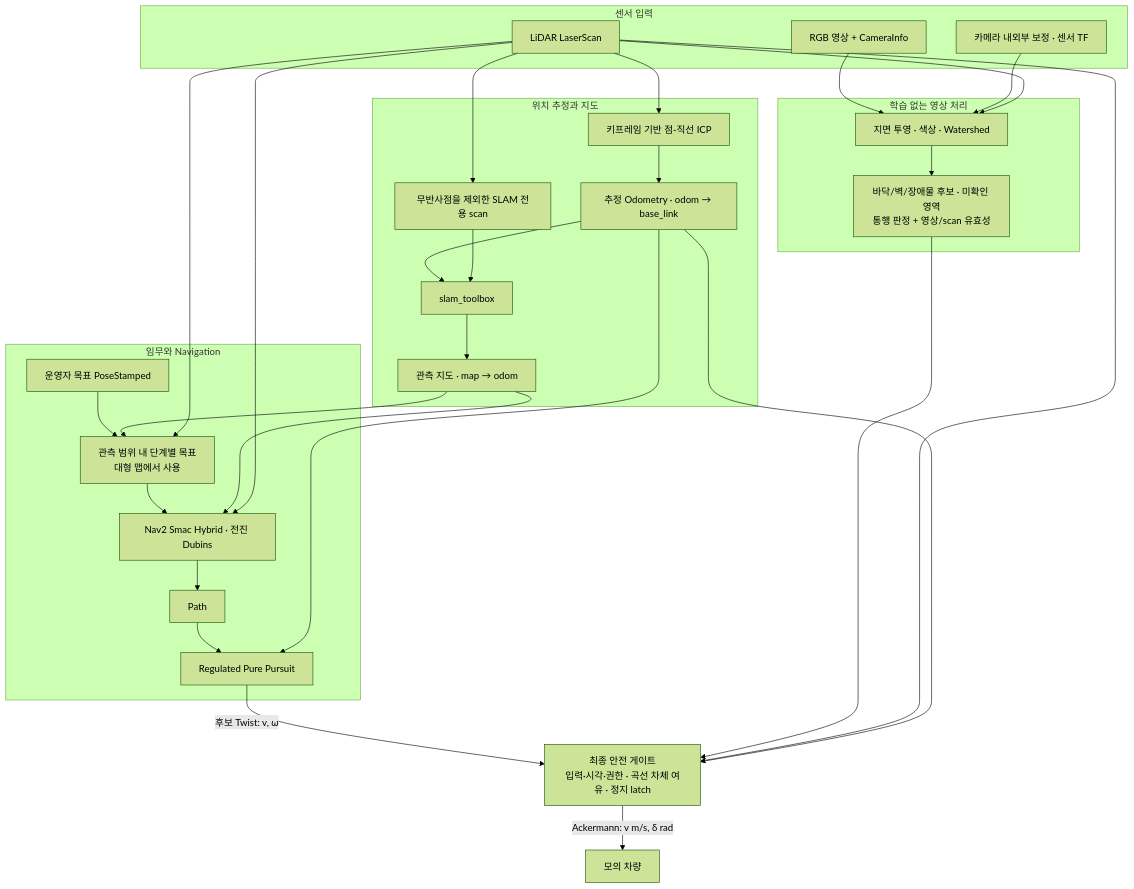
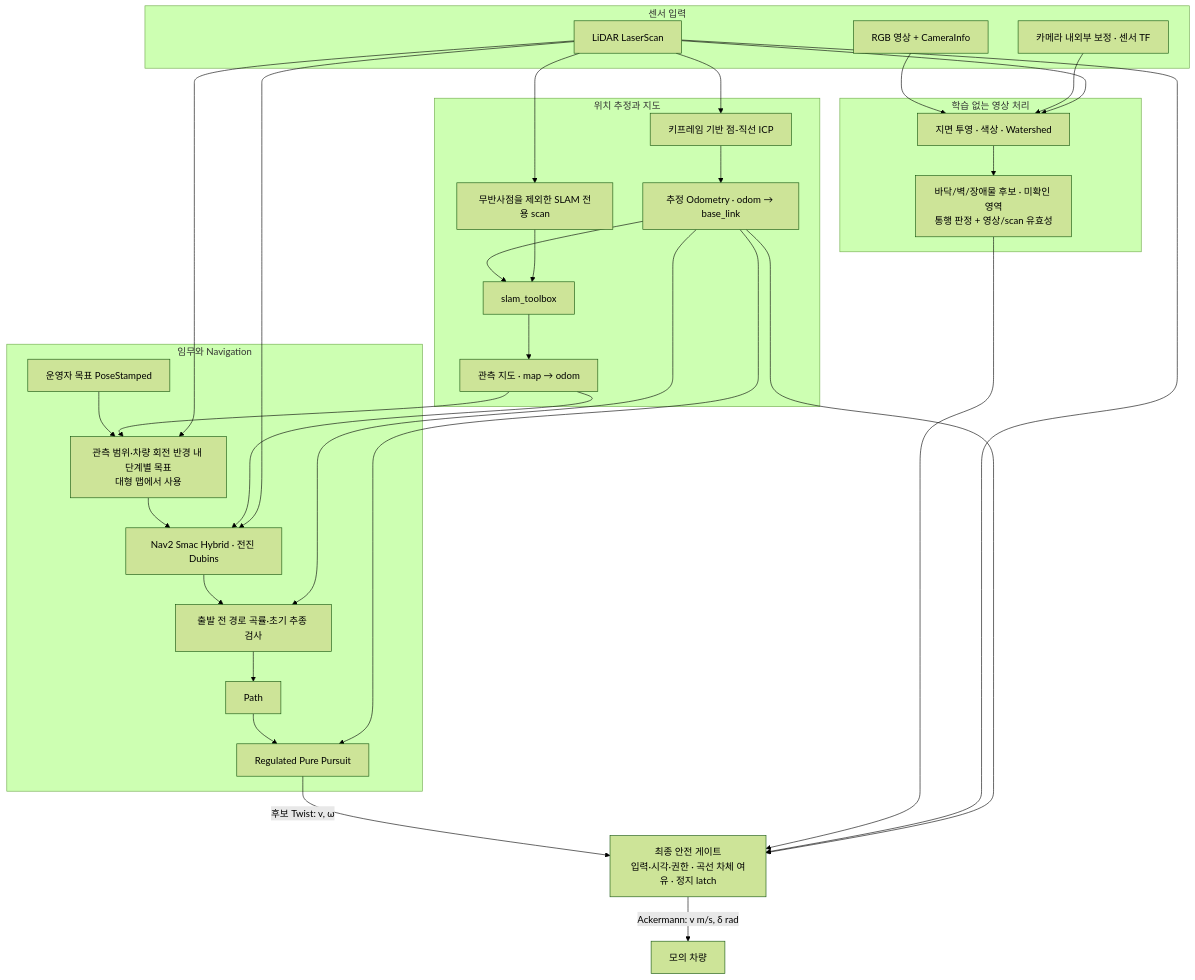
Before and after one commit to dongguekim-rgb/mrider: the diagram in docs/architecture.md, drawn with Mermaid (forest theme). The commit also changed other lines of this file and 28 other files, not shown here.

````diff
--- a/docs/architecture.md
+++ b/docs/architecture.md
@@ -10,46 +10,48 @@
 ```mermaid
 flowchart TB
     subgraph SENSOR[센서 입력]
         RGB["RGB 영상 + CameraInfo"]
         SCAN["LiDAR LaserScan"]
         CAL["카메라 내외부 보정 · 센서 TF"]
     end
     subgraph EST[위치 추정과 지도]
         ICP["키프레임 기반 점-직선 ICP"]
         ODOM["추정 Odometry · odom → base_link"]
         SLAM["slam_toolbox"]
         MAP["관측 지도 · map → odom"]
         SCAN --> ICP --> ODOM --> SLAM --> MAP
         SCAN --> FILTER["무반사점을 제외한 SLAM 전용 scan"] --> SLAM
     end
     subgraph PERCEPTION[학습 없는 영상 처리]
         SEG["지면 투영 · 색상 · Watershed"]
         STATUS["바닥/벽/장애물 후보 · 미확인 영역
 통행 판정 + 영상/scan 유효성"]
         RGB --> SEG
         CAL --> SEG
         SCAN --> SEG --> STATUS
     end
     subgraph NAV[임무와 Navigation]
         GOAL["운영자 목표 PoseStamped"]
-        LOCAL["관측 범위 내 단계별 목표
+        LOCAL["관측 범위·차량 회전 반경 내 단계별 목표
 대형 맵에서 사용"]
         PLAN["Nav2 Smac Hybrid · 전진 Dubins"]
+        CHECK["출발 전 경로 곡률·초기 추종 검사"]
         PATH["Path"]
         RPP["Regulated Pure Pursuit"]
         GOAL --> LOCAL
         MAP --> LOCAL
         SCAN --> LOCAL
-        LOCAL --> PLAN --> PATH --> RPP
+        LOCAL --> PLAN --> CHECK --> PATH --> RPP
         MAP --> PLAN
         SCAN --> PLAN
         ODOM --> RPP
+        ODOM --> CHECK
     end
     GATE["최종 안전 게이트
 입력·시각·권한 · 곡선 차체 여유 · 정지 latch"]
     RPP -->|"후보 Twist: v, ω"| GATE
     STATUS --> GATE
     SCAN --> GATE
     ODOM --> GATE
     GATE -->|"Ackermann: v m/s, δ rad"| CAR["모의 차량"]
 ```
````
